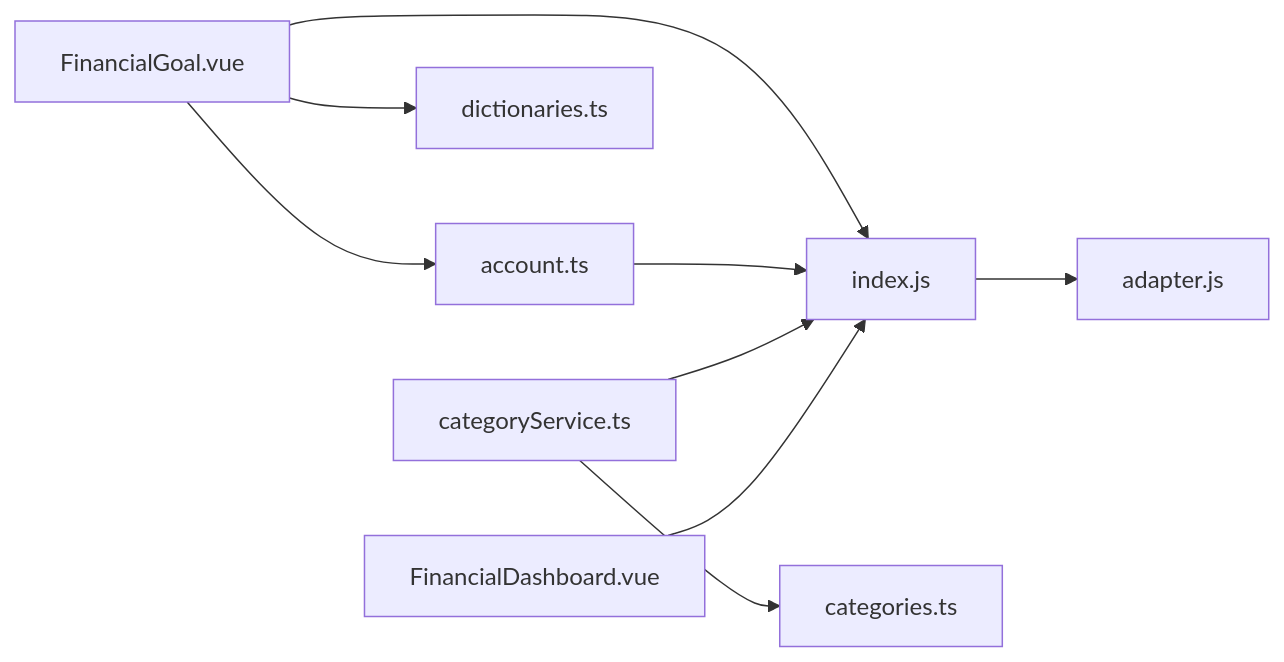
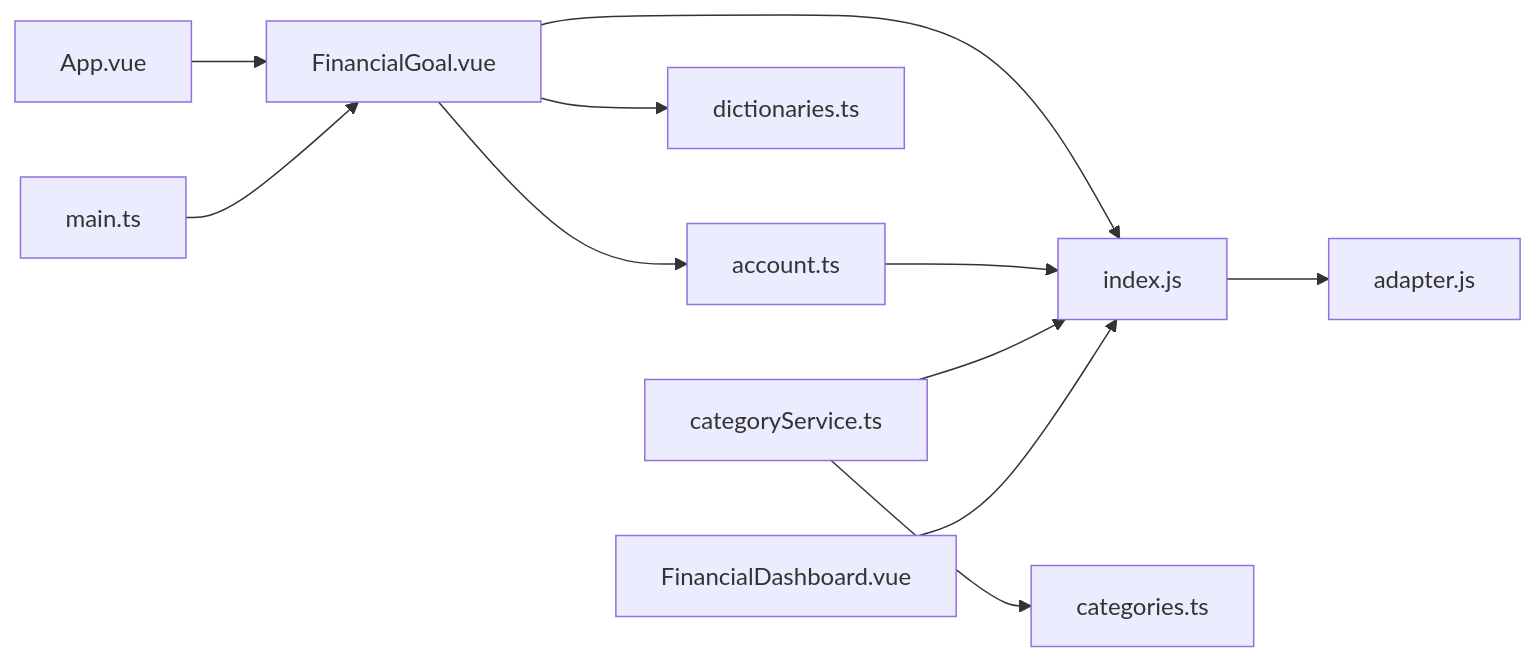
Before and after one commit to xiao-lin-unit/yuan: the fifth of 5 diagrams in .qoder/repowiki/zh/content/财务分析/财务目标.md, drawn with Mermaid. The commit also changed other lines of this file and 15 other files, not shown here.

````diff
--- a/.qoder/repowiki/zh/content/财务分析/财务目标.md
+++ b/.qoder/repowiki/zh/content/财务分析/财务目标.md
@@ -235,11 +273,13 @@
 ```mermaid
 graph LR
 FG["FinancialGoal.vue"] --> AT["account.ts"]
 FG --> DBM["index.js"]
 FG --> DICT["dictionaries.ts"]
+APP["App.vue"] --> FG
+MAIN["main.ts"] --> FG
 AT --> DBM
 DBM --> AD["adapter.js"]
 CS["categoryService.ts"] --> DBM
 CS --> CAT["categories.ts"]
 FD["FinancialDashboard.vue"] --> DBM
 ```
````
